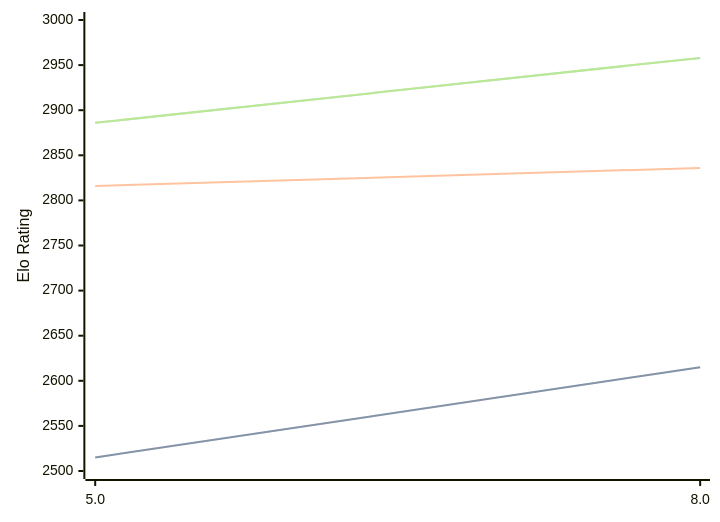
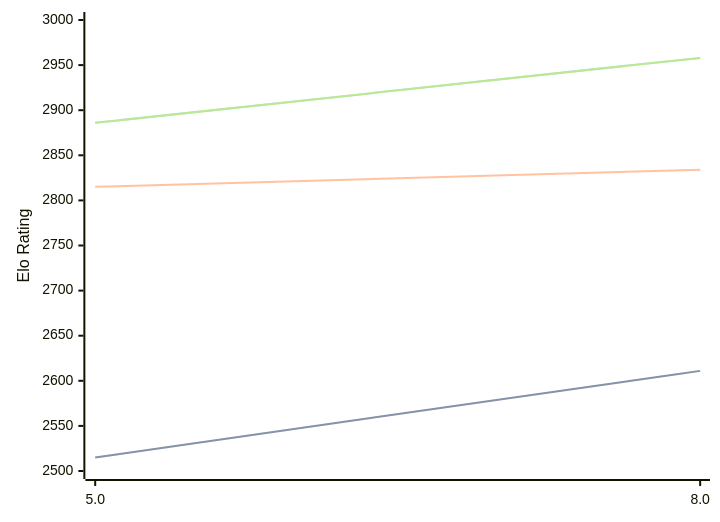
One commit to computer-chess-index/cci changed the diagram in engines/4kc.md. Above: the diagram before and after it, drawn with Mermaid. The commit also changed other lines of this file, not shown here.

Commit message:
Update CCI Ratings (ELO VLTC) - 2026-03-23

````diff
--- a/engines/4kc.md
+++ b/engines/4kc.md
@@ -41,11 +41,11 @@
 ```mermaid
 %%{init: {"theme":"base","themeVariables":{"seriesColors:['#a3a3a3','#222221','#faa371']}}}%%
 xychart-beta
   x-axis ["5.0", "8.0"]
   y-axis "Elo Rating" 2500 --> 3000
-  line "STC (8.0+0.08s)" [2515, 2615]
-  line "STC (8.0+0.08s)" [2515, 2615]
-  line "LTC (60.0+0.60s)" [2816, 2836]
+  line "STC (8.0+0.08s)" [2515, 2611]
+  line "STC (8.0+0.08s)" [2515, 2611]
+  line "LTC (60.0+0.60s)" [2815, 2834]
   line "VLTC (2m24s+1.12s)" [2886, 2958]
   line "VLTC (2m24s+1.12s)" [2886, 2958]
 ```
````
